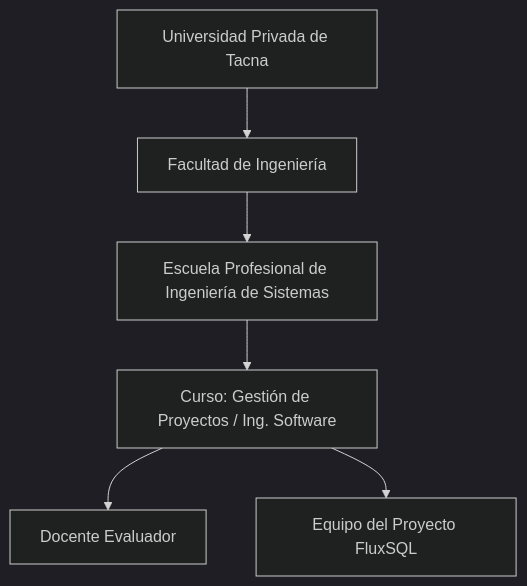
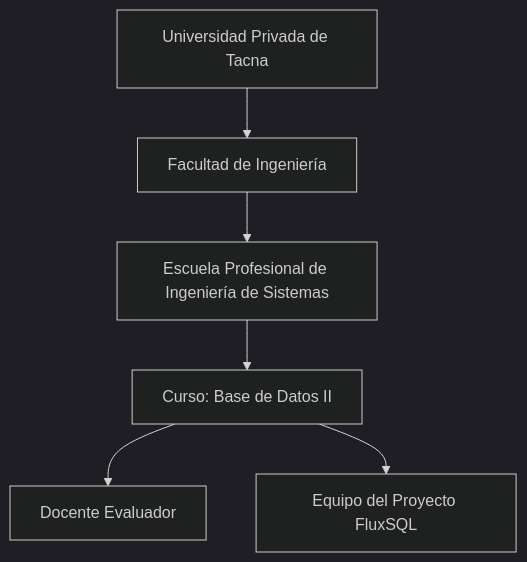
One commit to UPT-FAING-EPIS/proyecto-si783-2026-i-u3-generador_diagramas_bd changed the first of 26 diagrams in docs/formatos/FD03-Informe-Especificacion-Requerimientos.md. Above: the diagram before and after it, drawn with Mermaid (dark theme). The commit also changed other lines of this file and 2 other files, not shown here.

Commit message:
docs: Update course name to Base de Datos II across FD03, FD04, FD05 and enhance diagrams

````diff
--- a/docs/formatos/FD03-Informe-Especificacion-Requerimientos.md
+++ b/docs/formatos/FD03-Informe-Especificacion-Requerimientos.md
@@ -113,8 +113,8 @@
 ```mermaid
 flowchart TD
     UPT["Universidad Privada de Tacna"] --> FI["Facultad de Ingeniería"]
     FI --> EPIS["Escuela Profesional de Ingeniería de Sistemas"]
-    EPIS --> CURSO["Curso: Gestión de Proyectos / Ing. Software"]
+    EPIS --> CURSO["Curso: Base de Datos II"]
     CURSO --> DOC["Docente Evaluador"]
     CURSO --> EQ["Equipo del Proyecto FluxSQL"]
 ```
````
